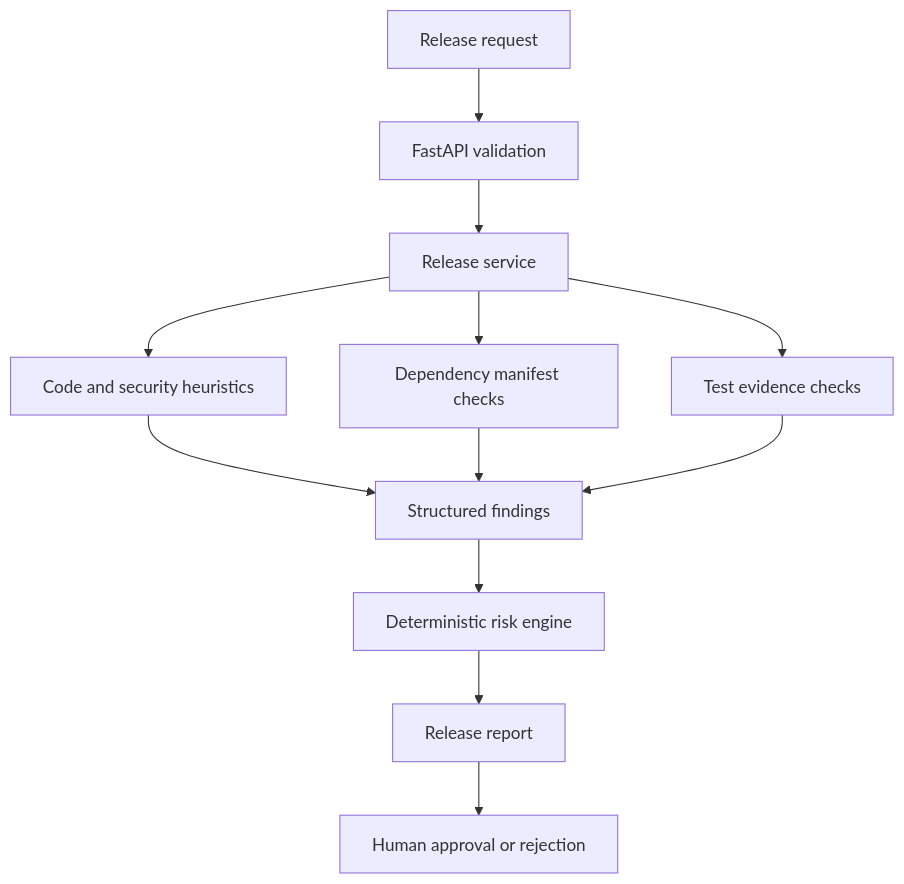
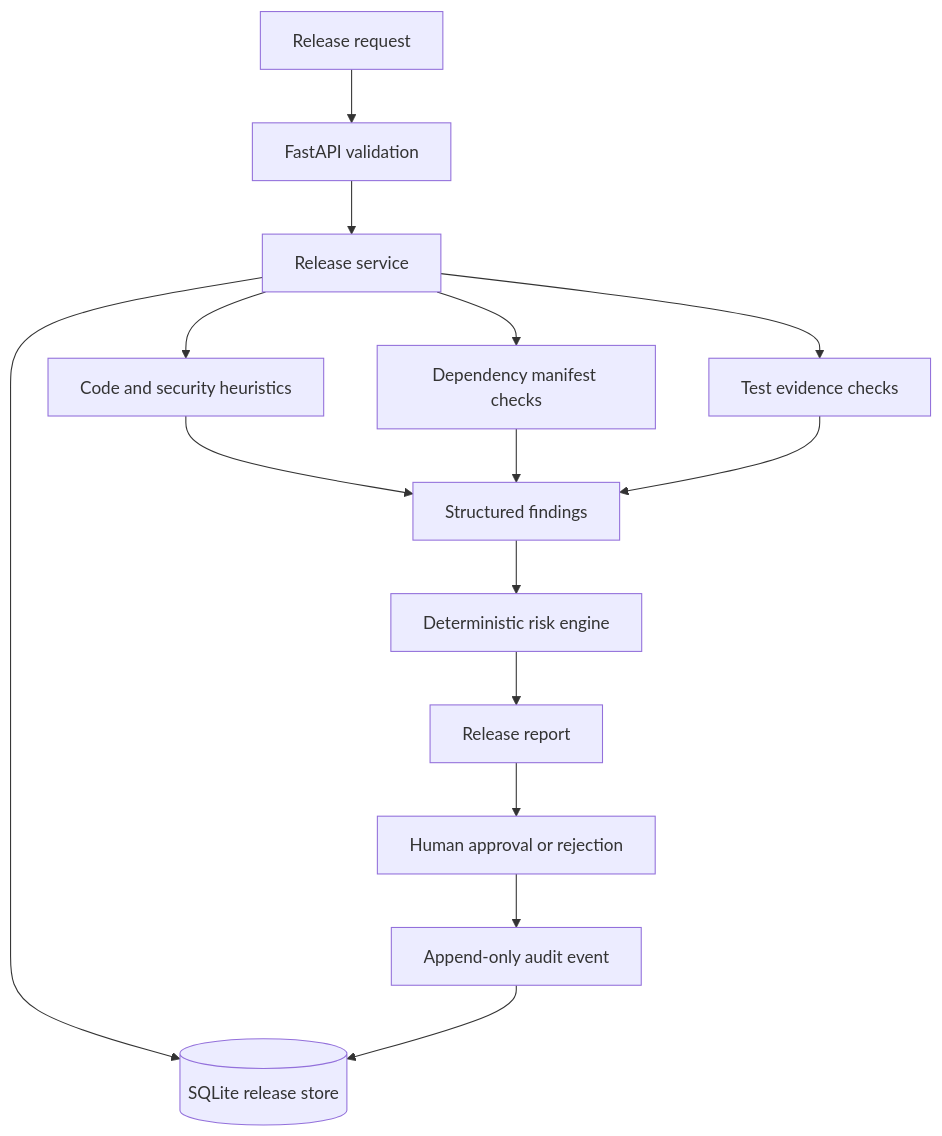
Before and after one commit to Sansshrey/ReleaseGuard-AI: the diagram in docs/architecture.md, drawn with Mermaid. The commit also changed other lines of this file, not shown here.

Commit message:
Update architecture for persistent storage and audit events

````diff
--- a/docs/architecture.md
+++ b/docs/architecture.md
@@ -11,14 +12,17 @@
 ```mermaid
 flowchart TD
   A[Release request] --> B[FastAPI validation]
   B --> C[Release service]
   C --> D[Code and security heuristics]
   C --> E[Dependency manifest checks]
   C --> F[Test evidence checks]
   D --> G[Structured findings]
   E --> G
   F --> G
   G --> H[Deterministic risk engine]
   H --> I[Release report]
   I --> J[Human approval or rejection]
+  C --> K[(SQLite release store)]
+  J --> L[Append-only audit event]
+  L --> K
 ```
````
